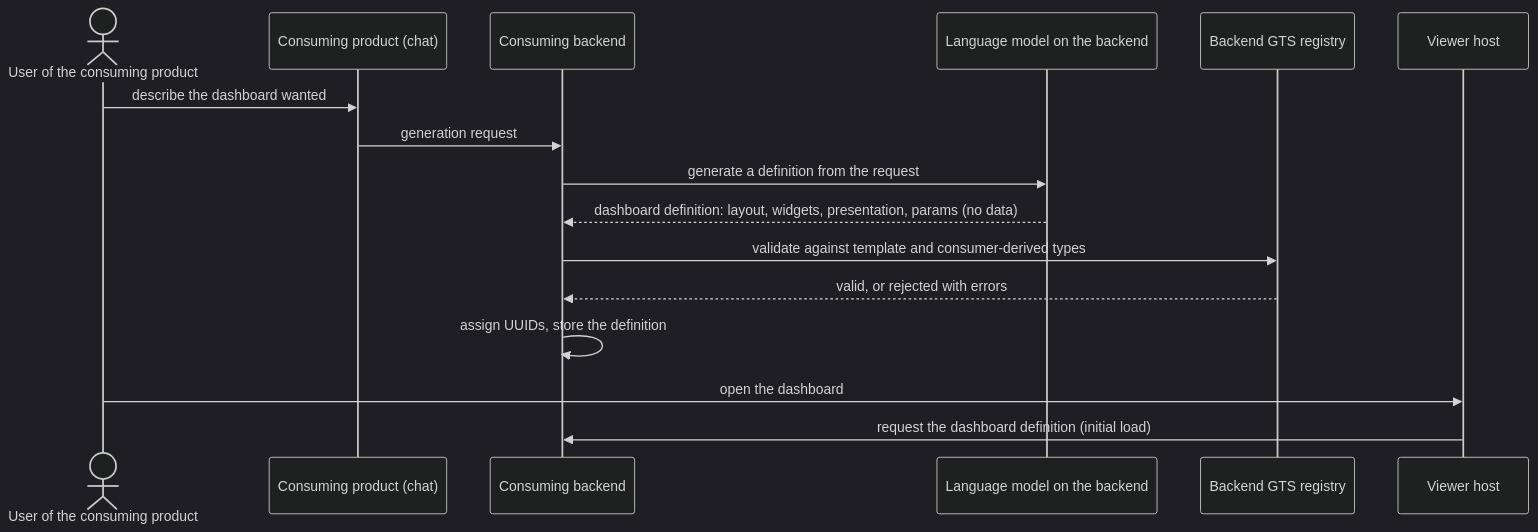
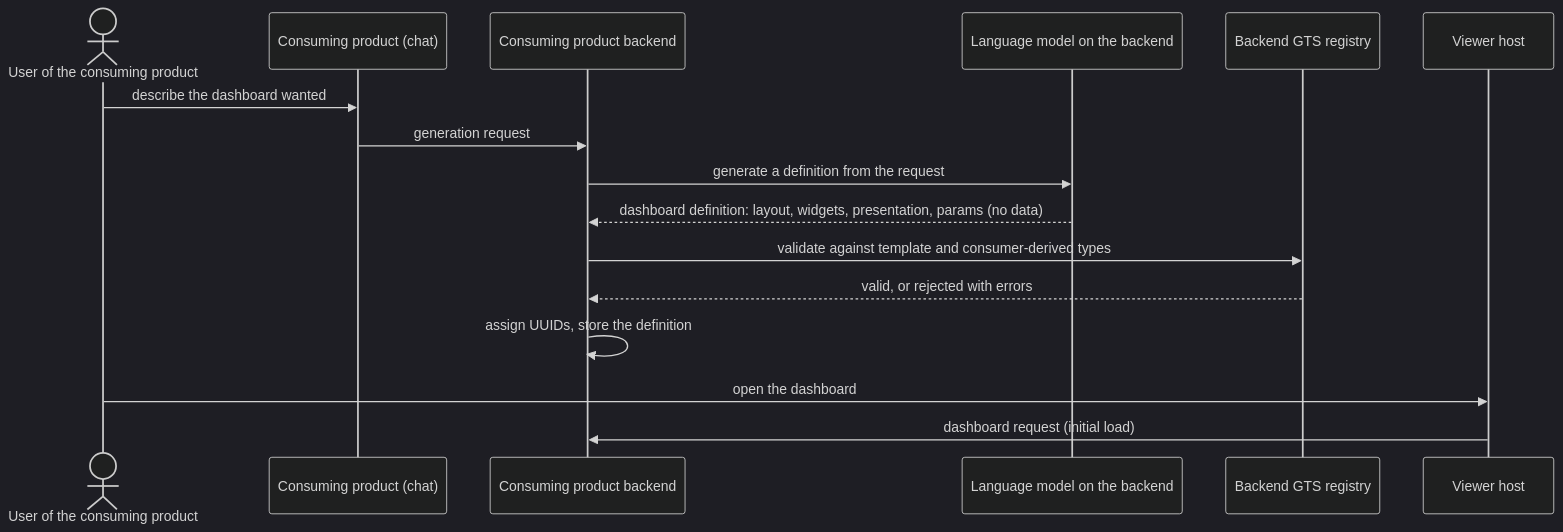
One commit to AndrejK666/gears-frontx-templates changed the eighth of 8 diagrams in template-dashboard/architecture/DESIGN.md. Above: the diagram before and after it, drawn with Mermaid (dark theme). The commit also changed other lines of this file and 2 other files, not shown here.

Commit message:
docs(template-dashboard): revise DESIGN for product-only scope

````diff
--- a/template-dashboard/architecture/DESIGN.md
+++ b/template-dashboard/architecture/DESIGN.md
@@ -930,19 +930,19 @@
 ```mermaid
 sequenceDiagram
     actor U as User of the consuming product
     participant CP as Consuming product (chat)
-    participant BE as Consuming backend
+    participant BE as Consuming product backend
     participant LLM as Language model on the backend
     participant REG as Backend GTS registry
     participant VH as Viewer host
 
     U->>CP: describe the dashboard wanted
     CP->>BE: generation request
     BE->>LLM: generate a definition from the request
     LLM-->>BE: dashboard definition: layout, widgets, presentation, params (no data)
     BE->>REG: validate against template and consumer-derived types
     REG-->>BE: valid, or rejected with errors
     BE->>BE: assign UUIDs, store the definition
     U->>VH: open the dashboard
-    VH->>BE: request the dashboard definition (initial load)
+    VH->>BE: dashboard request (initial load)
 ```
````
